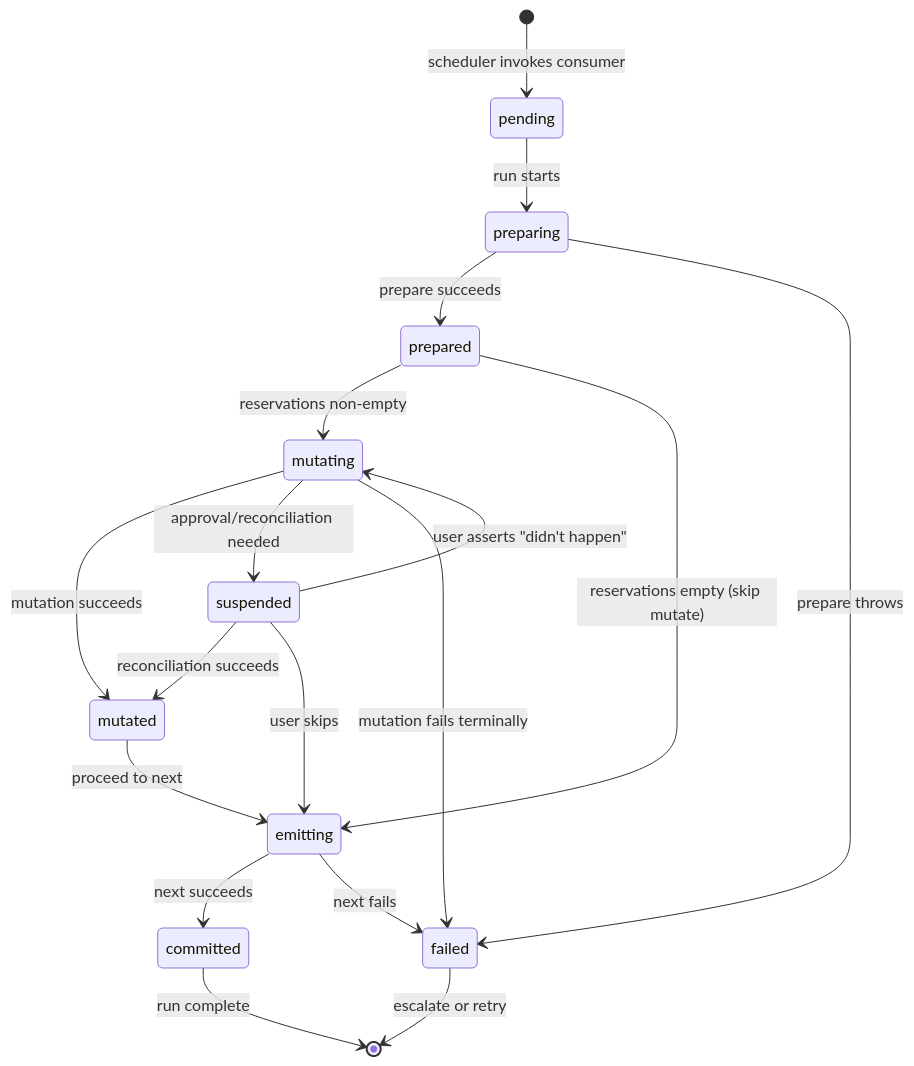
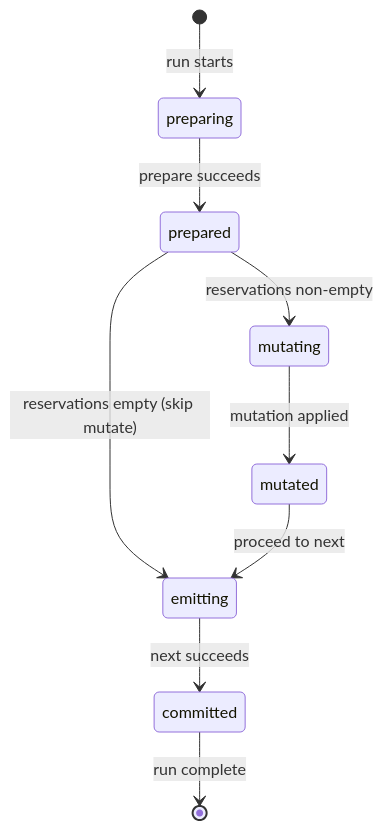
The diagram in docs/dev/06b-consumer-lifecycle.md (nostrband/keep.ai), drawn with Mermaid before and after one commit. The commit also changed other lines of this file and 7 other files, not shown here.

Commit message:
Simplify consumer states, define scheduler

````diff
--- a/docs/dev/06b-consumer-lifecycle.md
+++ b/docs/dev/06b-consumer-lifecycle.md
@@ -233,26 +238,14 @@
 ```mermaid
 stateDiagram-v2
-  [*] --> pending: scheduler invokes consumer
+  [*] --> preparing: run starts
 
-  pending --> preparing: run starts
   preparing --> prepared: prepare succeeds
-  preparing --> failed: prepare throws
-
   prepared --> mutating: reservations non-empty
   prepared --> emitting: reservations empty (skip mutate)
 
-  mutating --> mutated: mutation succeeds
-  mutating --> suspended: approval/reconciliation needed
-  mutating --> failed: mutation fails terminally
+  mutating --> mutated: mutation applied
+  mutated --> emitting: proceed to next
 
-  suspended --> mutated: reconciliation succeeds
-  suspended --> emitting: user skips
-  suspended --> mutating: user asserts "didn't happen"
-
-  mutated --> emitting: proceed to next
   emitting --> committed: next succeeds
-  emitting --> failed: next fails
-
   committed --> [*]: run complete
-  failed --> [*]: escalate or retry
 ```
````
